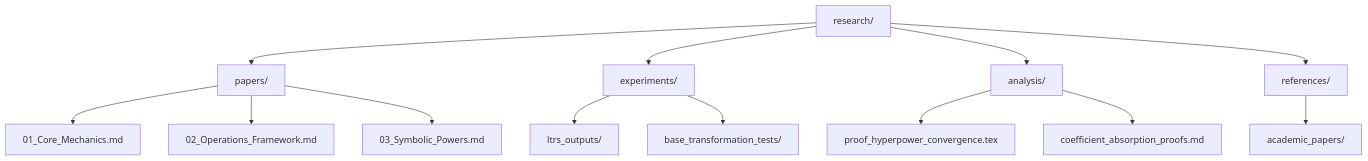
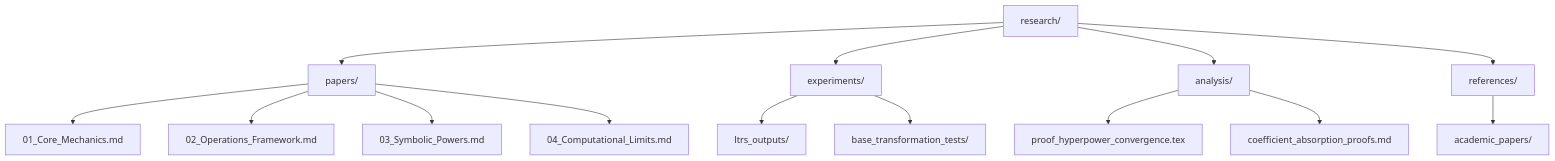
One commit to edgeof8/ltrs changed the second of 2 diagrams in research/FRAMEWORK.md. Above: the diagram before and after it, drawn with Mermaid. The commit also changed other lines of this file and 34 other files, not shown here.

````diff
--- a/research/FRAMEWORK.md
+++ b/research/FRAMEWORK.md
@@ -34,12 +35,13 @@
 ```mermaid
 graph TD
     research/ --> papers/ --> 01_Core_Mechanics.md
     research/ --> experiments/ --> ltrs_outputs/
     research/ --> analysis/ --> proof_hyperpower_convergence.tex
     research/ --> references/ --> academic_papers/
 
     papers/ --> 02_Operations_Framework.md
     papers/ --> 03_Symbolic_Powers.md
+    papers/ --> 04_Computational_Limits.md
     experiments/ --> base_transformation_tests/
     analysis/ --> coefficient_absorption_proofs.md
 ```
````
